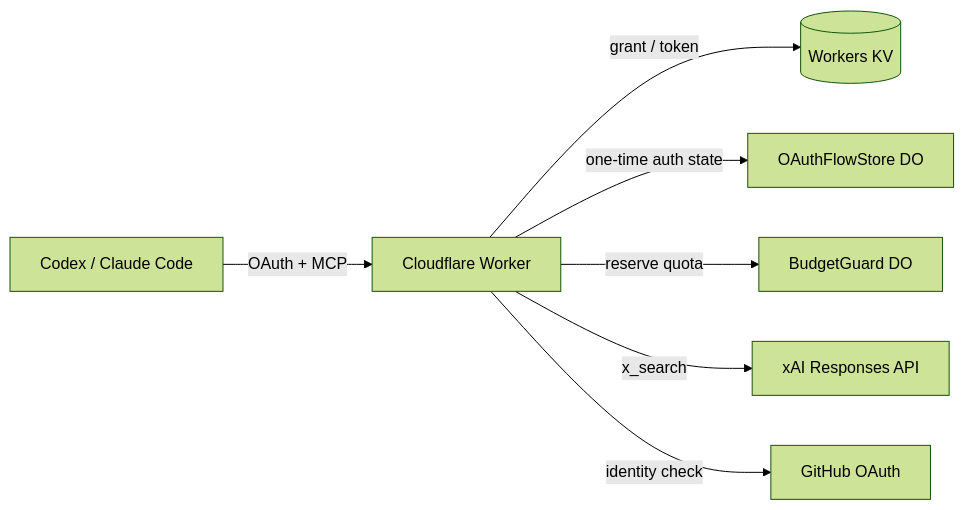
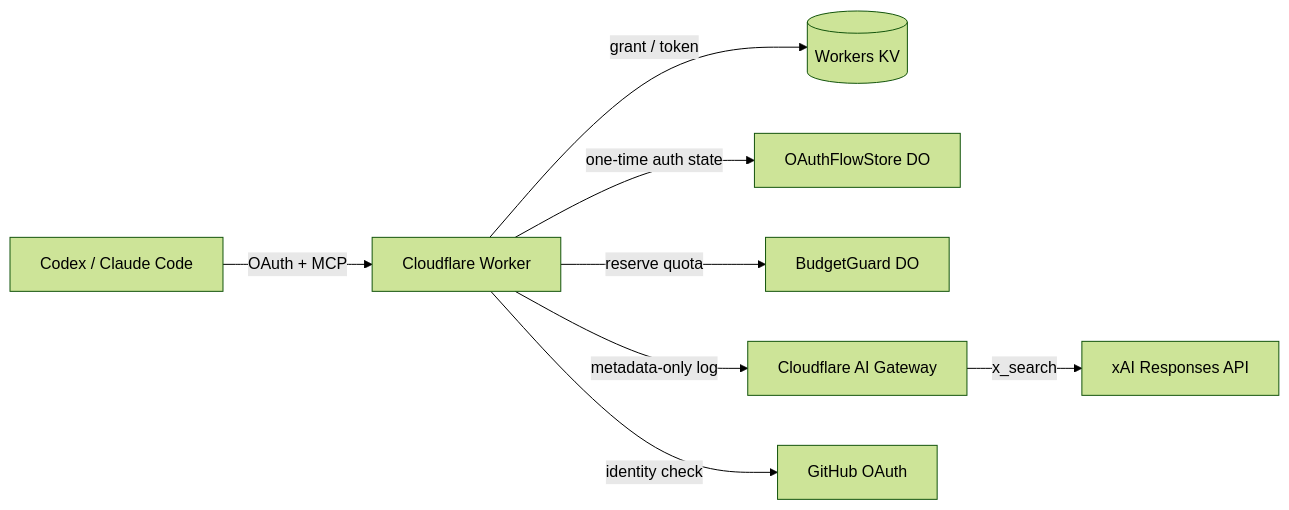
One commit to snhryt-neo/dotfiles changed the diagram in tools/xai-search-mcp/README.md. Above: the diagram before and after it, drawn with Mermaid (forest theme). The commit also changed other lines of this file and 7 other files, not shown here.

````diff
--- a/tools/xai-search-mcp/README.md
+++ b/tools/xai-search-mcp/README.md
@@ -128,9 +143,10 @@
 ```mermaid
 flowchart LR
     Client[Codex / Claude Code] -->|OAuth + MCP| Worker[Cloudflare Worker]
     Worker -->|grant / token| KV[(Workers KV)]
     Worker -->|one-time auth state| Flow[OAuthFlowStore DO]
     Worker -->|reserve quota| Budget[BudgetGuard DO]
-    Worker -->|x_search| xAI[xAI Responses API]
+    Worker -->|metadata-only log| Gateway[Cloudflare AI Gateway]
+    Gateway -->|x_search| xAI[xAI Responses API]
     Worker -->|identity check| GitHub[GitHub OAuth]
 ```
````
